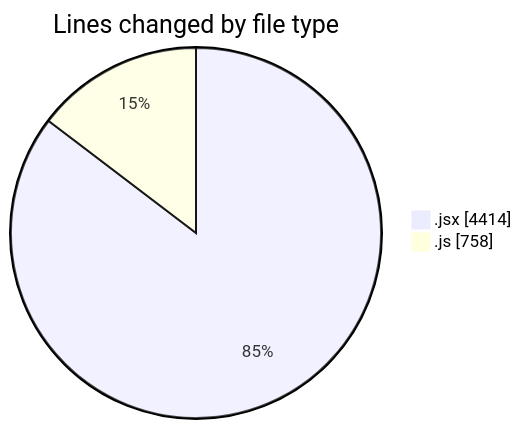
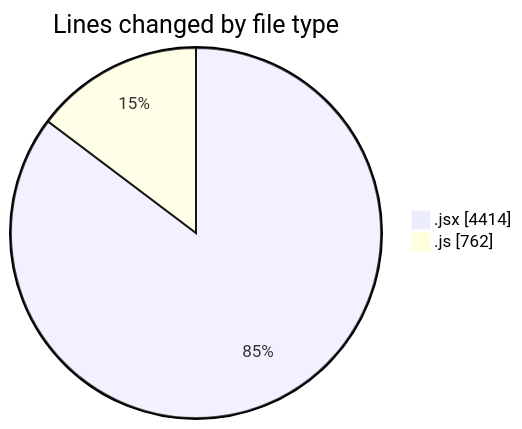
The first of 2 diagrams in 2025-08-03/nxtqube_webapp/README.md (nxtqubesakshisongat/code-tracking), drawn with Mermaid before and after one commit. The commit also changed other lines of this file and 1 other file, not shown here.

````diff
--- a/2025-08-03/nxtqube_webapp/README.md
+++ b/2025-08-03/nxtqube_webapp/README.md
@@ -30,6 +30,6 @@
 ```mermaid
 pie showData
 title Lines changed by file type
 ".jsx" : 4414
-".js" : 758
+".js" : 762
 ```
````
